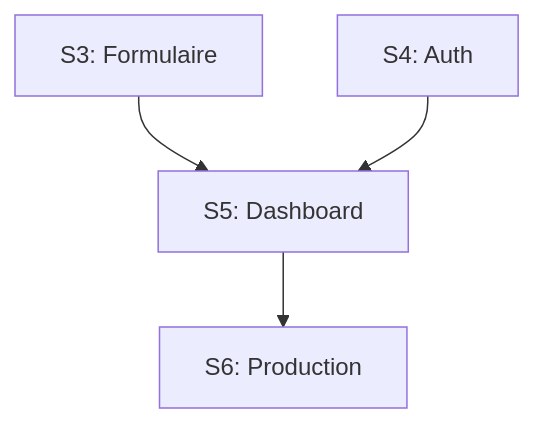
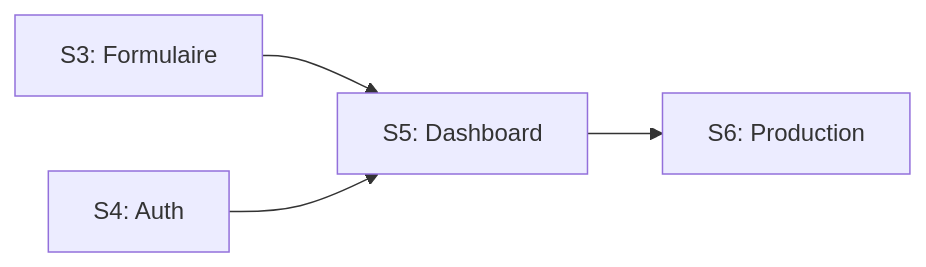
The second of 5 diagrams in slides.md (Adrien490/bloc-3), drawn with Mermaid before and after one commit. The commit also changed other lines of this file and 1 other file, not shown here.

````diff
--- a/slides.md
+++ b/slides.md
@@ -296,6 +296,6 @@
 ```mermaid
-graph TB
+graph LR
     A[S3: Formulaire] --> B[S5: Dashboard]
     C[S4: Auth] --> B
     B --> D[S6: Production]
 ```
````
